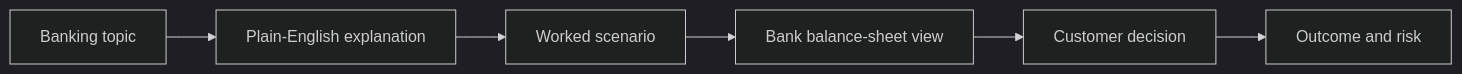
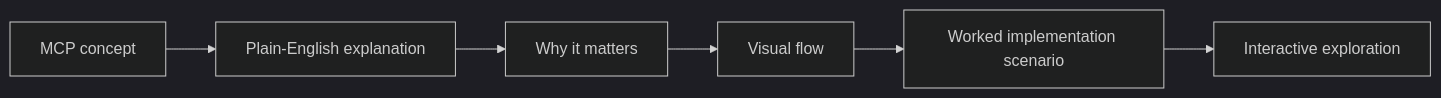
The diagram in docs/02-model-architecture.md (akhilmakol/how-mcp-works), drawn with Mermaid (dark theme) before and after one commit. The commit also changed other lines of this file and 9 other files, not shown here.

````diff
--- a/docs/02-model-architecture.md
+++ b/docs/02-model-architecture.md
@@ -7,8 +7,8 @@
 ```mermaid
 flowchart LR
-    A["Banking topic"] --> B["Plain-English explanation"]
-    B --> C["Worked scenario"]
-    C --> D["Bank balance-sheet view"]
-    D --> E["Customer decision"]
-    E --> F["Outcome and risk"]
+    A["MCP concept"] --> B["Plain-English explanation"]
+    B --> C["Why it matters"]
+    C --> D["Visual flow"]
+    D --> E["Worked implementation scenario"]
+    E --> F["Interactive exploration"]
 ```
````
